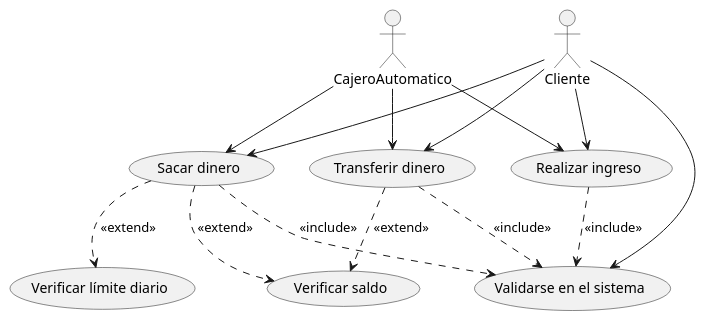
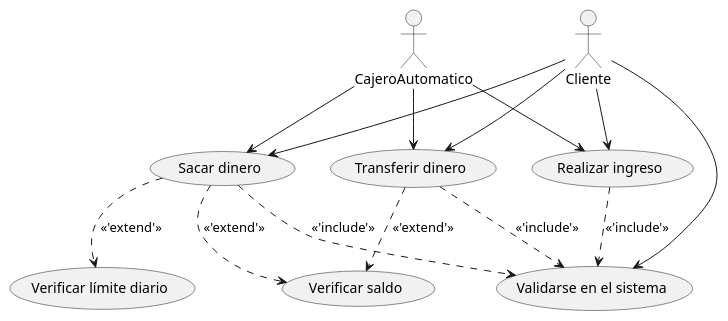
Before and after one commit to AntonioCB21/DAW1_6.1_ACB: the diagram in 6.1.md, drawn with PlantUML.

```diff
--- a/6.1.md
+++ b/6.1.md
@@ -3,21 +3,21 @@
 @startuml  
 actor Cliente  
 actor CajeroAutomatico
 
 Cliente --> (Validarse en el sistema)  
 Cliente --> (Sacar dinero)  
 Cliente --> (Transferir dinero)  
 Cliente --> (Realizar ingreso)  
 CajeroAutomatico --> (Sacar dinero)  
 CajeroAutomatico --> (Transferir dinero)  
 CajeroAutomatico --> (Realizar ingreso)  
 
-(Sacar dinero) .down.> (Validarse en el sistema) : <<include>>  
-(Sacar dinero) .down.> (Verificar saldo) : <<extend>>  
-(Sacar dinero) .down.> (Verificar límite diario) : <<extend>>  
+(Sacar dinero) .down.> (Validarse en el sistema) : <<'include'>>  
+(Sacar dinero) .down.> (Verificar saldo) : <<'extend'>>  
+(Sacar dinero) .down.> (Verificar límite diario) : <<'extend'>>  
 
-(Transferir dinero) .down.> (Validarse en el sistema) : <<include>>  
-(Transferir dinero) .down.> (Verificar saldo) : <<extend>>
+(Transferir dinero) .down.> (Validarse en el sistema) : <<'include'>>  
+(Transferir dinero) .down.> (Verificar saldo) : <<'extend'>>
 
-(Realizar ingreso) .down.> (Validarse en el sistema) : <<include>>  
+(Realizar ingreso) .down.> (Validarse en el sistema) : <<'include'>>  
 @enduml
```
